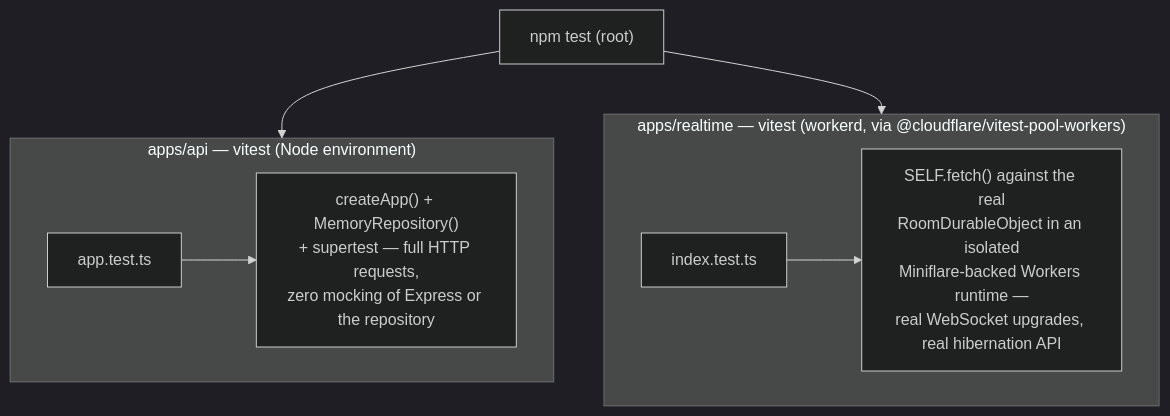
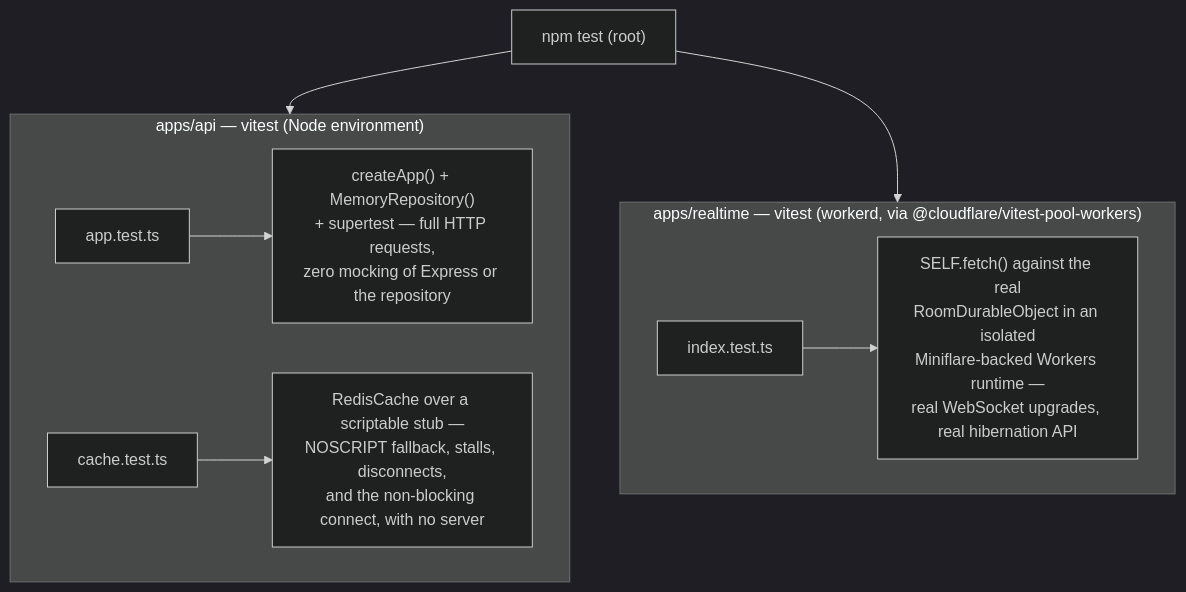
The first of 3 diagrams in docs/testing.md (hoangsonww/Threadline-RealTime-Collab), drawn with Mermaid (dark theme) before and after one commit. The commit also changed other lines of this file and 17 other files, not shown here.

````diff
--- a/docs/testing.md
+++ b/docs/testing.md
@@ -5,15 +5,18 @@
 ```mermaid
 graph TD
     subgraph api["apps/api — vitest (Node environment)"]
         A1["app.test.ts"]
         A2["createApp() + MemoryRepository()<br/>+ supertest — full HTTP requests,<br/>zero mocking of Express or the repository"]
+        A3["cache.test.ts"]
+        A4["RedisCache over a scriptable stub —<br/>NOSCRIPT fallback, stalls, disconnects,<br/>and the non-blocking connect, with no server"]
         A1 --> A2
+        A3 --> A4
     end
     subgraph rt["apps/realtime — vitest (workerd, via @cloudflare/vitest-pool-workers)"]
         R1["index.test.ts"]
         R2["SELF.fetch() against the real<br/>RoomDurableObject in an isolated<br/>Miniflare-backed Workers runtime —<br/>real WebSocket upgrades, real hibernation API"]
         R1 --> R2
     end
     Root["npm test (root)"] --> api
     Root --> rt
 ```
````
